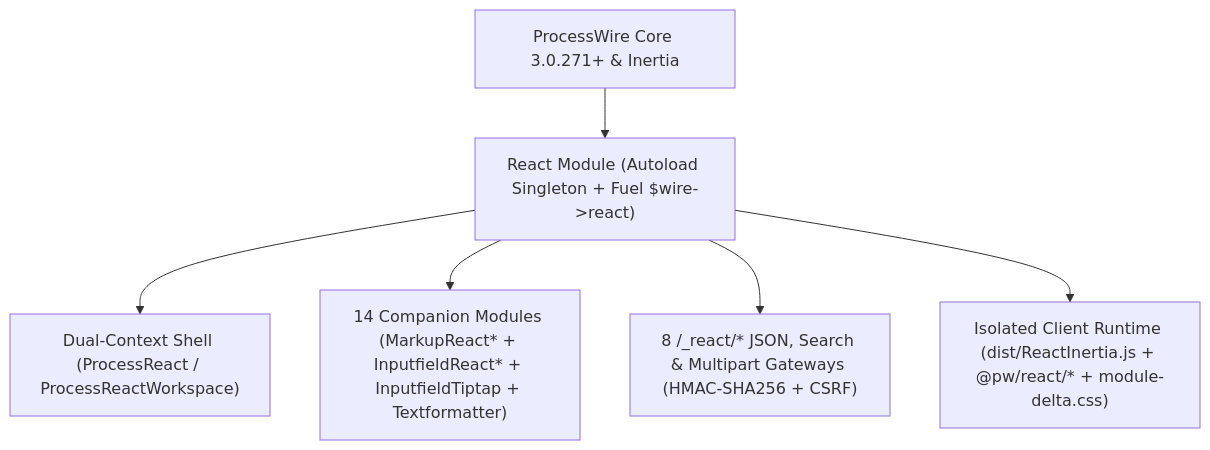
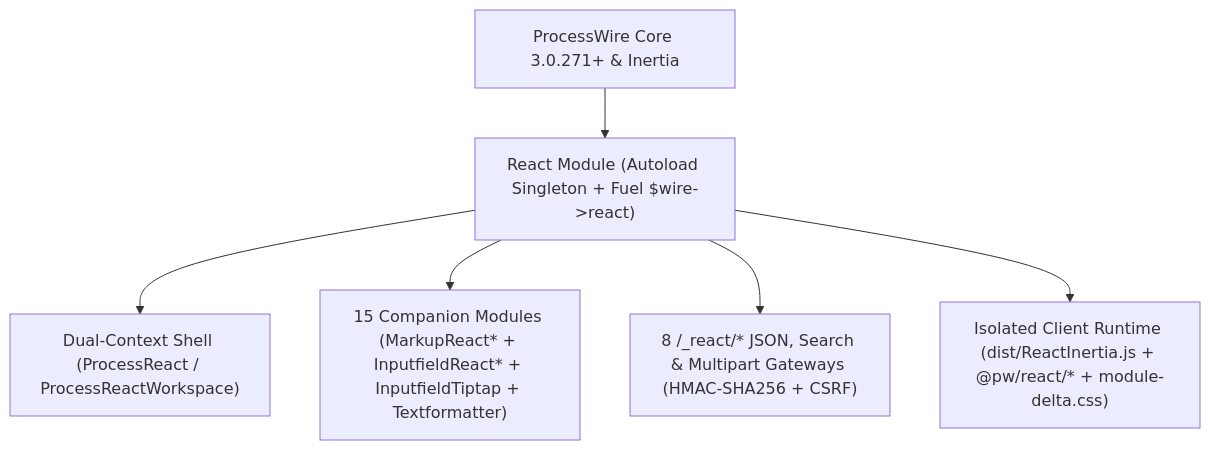
The diagram in docs/README.md (trk/React), drawn with Mermaid before and after one commit. The commit also changed other lines of this file and 10 other files, not shown here.

Commit message:
docs: update module documentation, architecture guides, and Boost skill

````diff
--- a/docs/README.md
+++ b/docs/README.md
@@ -38,8 +38,8 @@
 ```mermaid
 flowchart TD
     PW["ProcessWire Core 3.0.271+ & Inertia"] --> CORE["React Module (Autoload Singleton + Fuel $wire->react)"]
     CORE --> SHELL["Dual-Context Shell (ProcessReact / ProcessReactWorkspace)"]
-    CORE --> CTRL["14 Companion Modules (MarkupReact* + InputfieldReact* + InputfieldTiptap + Textformatter)"]
+    CORE --> CTRL["15 Companion Modules (MarkupReact* + InputfieldReact* + InputfieldTiptap + Textformatter)"]
     CORE --> HTTP["8 /_react/* JSON, Search & Multipart Gateways (HMAC-SHA256 + CSRF)"]
     CORE --> CLIENTS["Isolated Client Runtime (dist/ReactInertia.js + @pw/react/* + module-delta.css)"]
 ```
````
